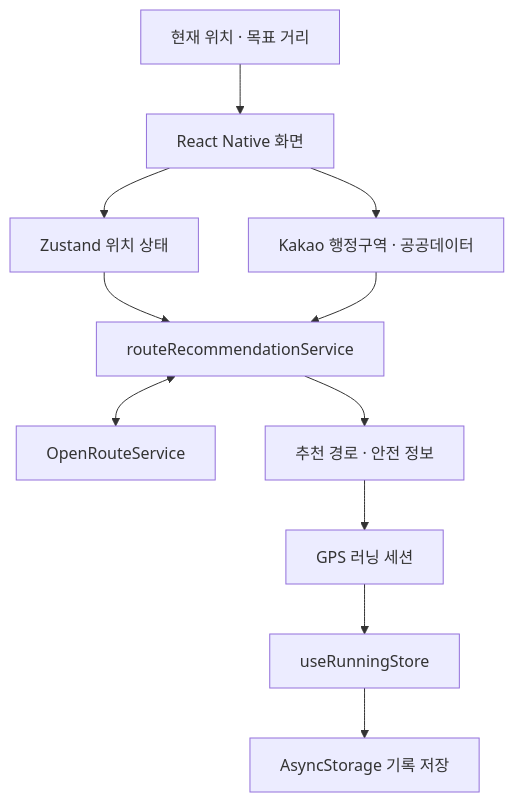
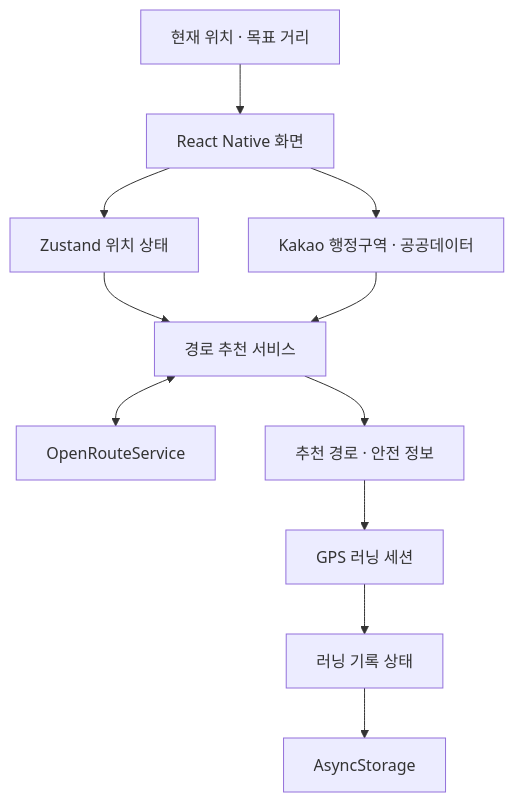
Before and after one commit to hyunsoung02/run-guard: the third of 3 diagrams in README.md, drawn with Mermaid. The commit also changed other lines of this file, not shown here.

````diff
--- a/README.md
+++ b/README.md
@@ -75,13 +187,13 @@
 ```mermaid
 flowchart TD
     INPUT["현재 위치 · 목표 거리"] --> UI["React Native 화면"]
     UI --> STATE["Zustand 위치 상태"]
-    STATE --> ROUTE["routeRecommendationService"]
+    STATE --> ROUTE["경로 추천 서비스"]
     UI --> SAFETY["Kakao 행정구역 · 공공데이터"]
     SAFETY --> ROUTE
     ROUTE <--> ORS["OpenRouteService"]
     ROUTE --> RESULT["추천 경로 · 안전 정보"]
     RESULT --> SESSION["GPS 러닝 세션"]
-    SESSION --> RECORDS["useRunningStore"]
-    RECORDS --> LOCAL["AsyncStorage 기록 저장"]
+    SESSION --> RECORDS["러닝 기록 상태"]
+    RECORDS --> LOCAL["AsyncStorage"]
 ```
````
